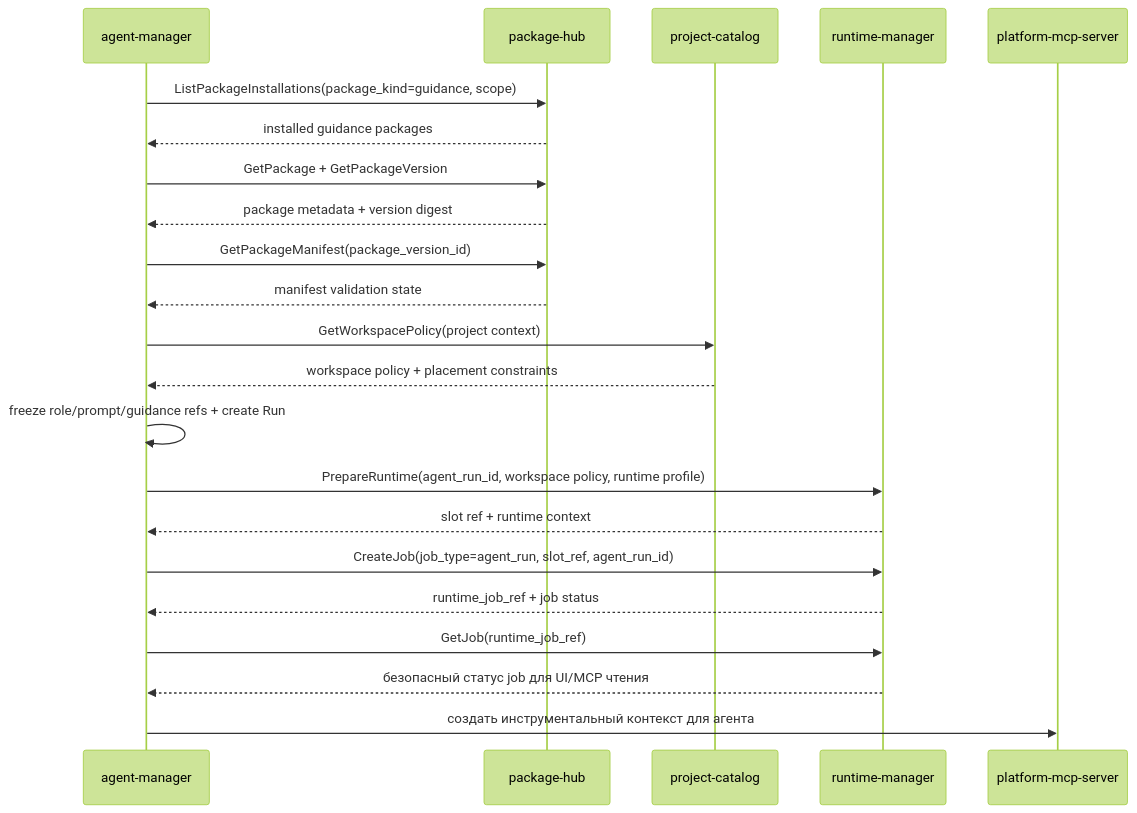
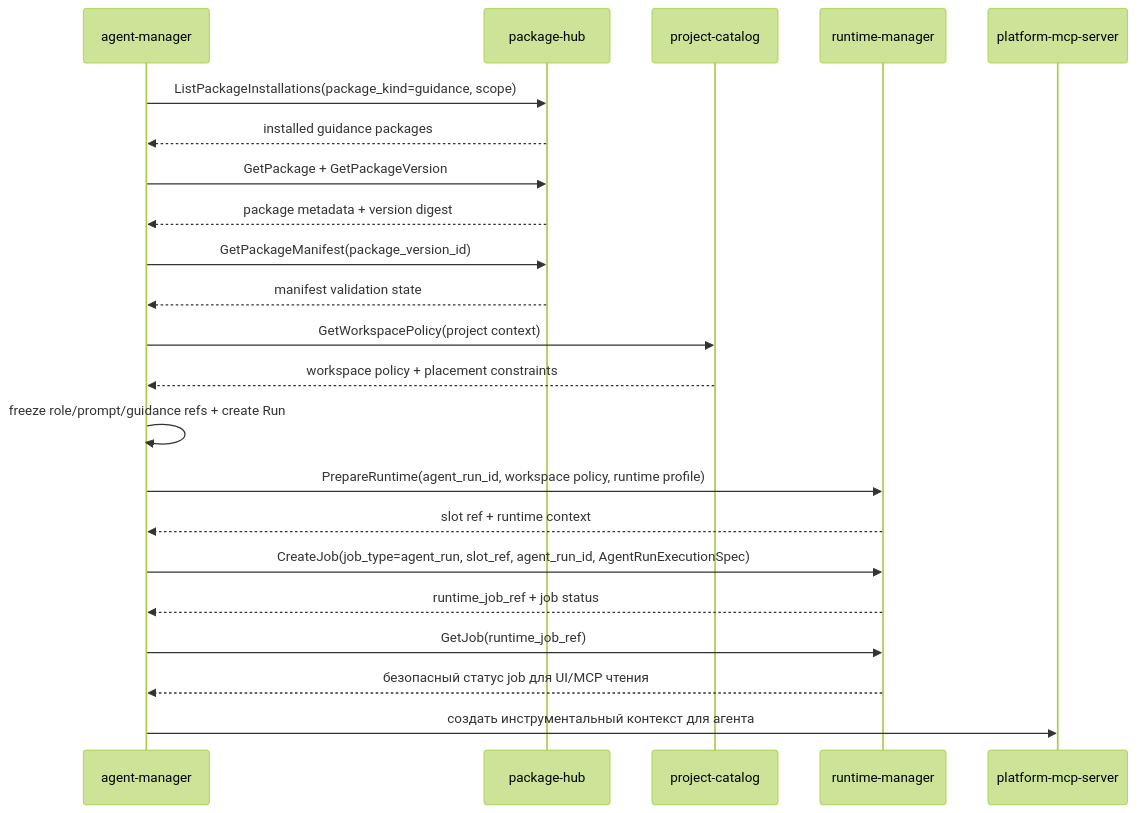
One commit to codex-k8s/kodex changed the second of 3 diagrams in docs/domains/agent-orchestration/architecture/design.md. Above: the diagram before and after it, drawn with Mermaid (forest theme). The commit also changed other lines of this file and 17 other files, not shown here.

Commit message:
Fill agent run execution spec for runtime jobs

````diff
--- a/docs/domains/agent-orchestration/architecture/design.md
+++ b/docs/domains/agent-orchestration/architecture/design.md
@@ -93,24 +93,24 @@
 ```mermaid
 sequenceDiagram
   participant AM as agent-manager
   participant PKG as package-hub
   participant PC as project-catalog
   participant R as runtime-manager
   participant MCP as platform-mcp-server
   AM->>PKG: ListPackageInstallations(package_kind=guidance, scope)
   PKG-->>AM: installed guidance packages
   AM->>PKG: GetPackage + GetPackageVersion
   PKG-->>AM: package metadata + version digest
   AM->>PKG: GetPackageManifest(package_version_id)
   PKG-->>AM: manifest validation state
   AM->>PC: GetWorkspacePolicy(project context)
   PC-->>AM: workspace policy + placement constraints
   AM->>AM: freeze role/prompt/guidance refs + create Run
   AM->>R: PrepareRuntime(agent_run_id, workspace policy, runtime profile)
   R-->>AM: slot ref + runtime context
-  AM->>R: CreateJob(job_type=agent_run, slot_ref, agent_run_id)
+  AM->>R: CreateJob(job_type=agent_run, slot_ref, agent_run_id, AgentRunExecutionSpec)
   R-->>AM: runtime_job_ref + job status
   AM->>R: GetJob(runtime_job_ref)
   R-->>AM: безопасный статус job для UI/MCP чтения
   AM->>MCP: создать инструментальный контекст для агента
 ```
````
